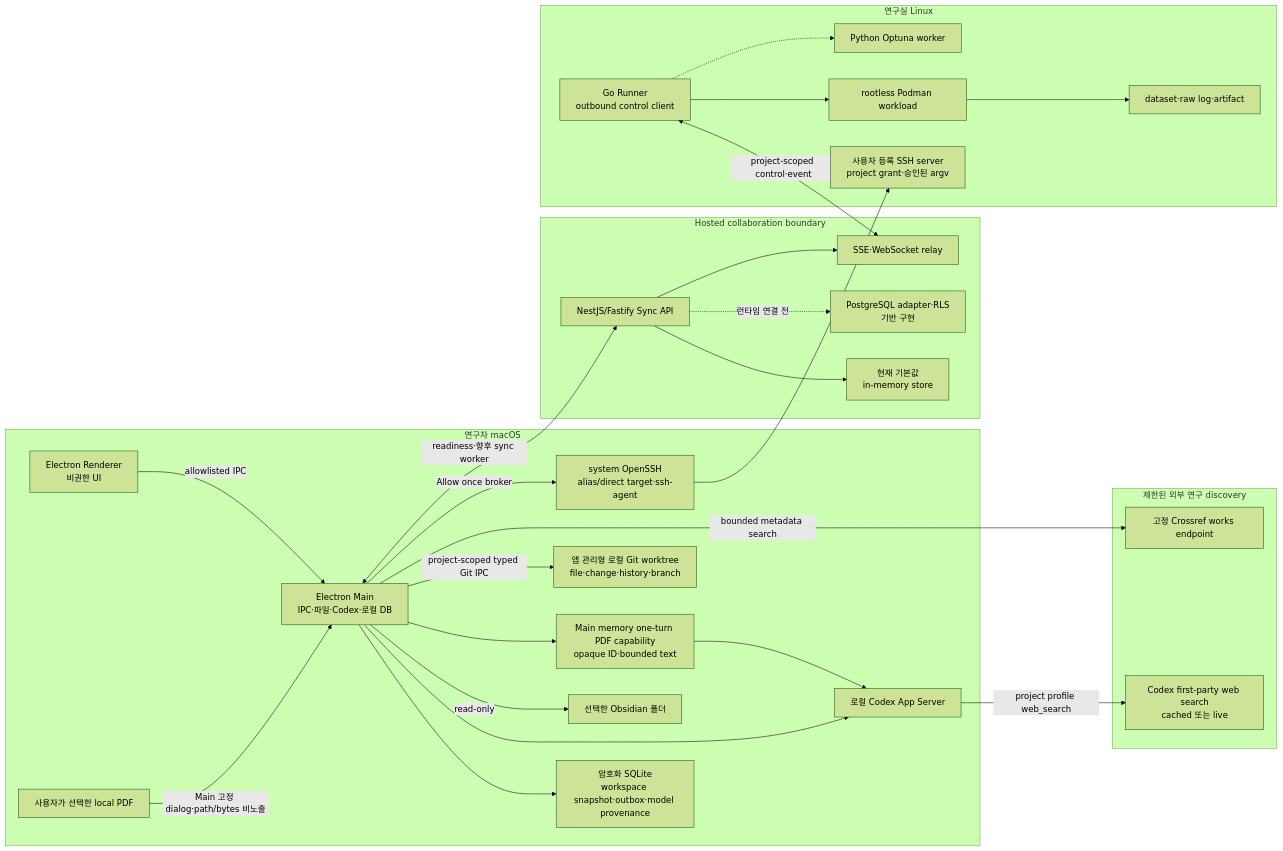
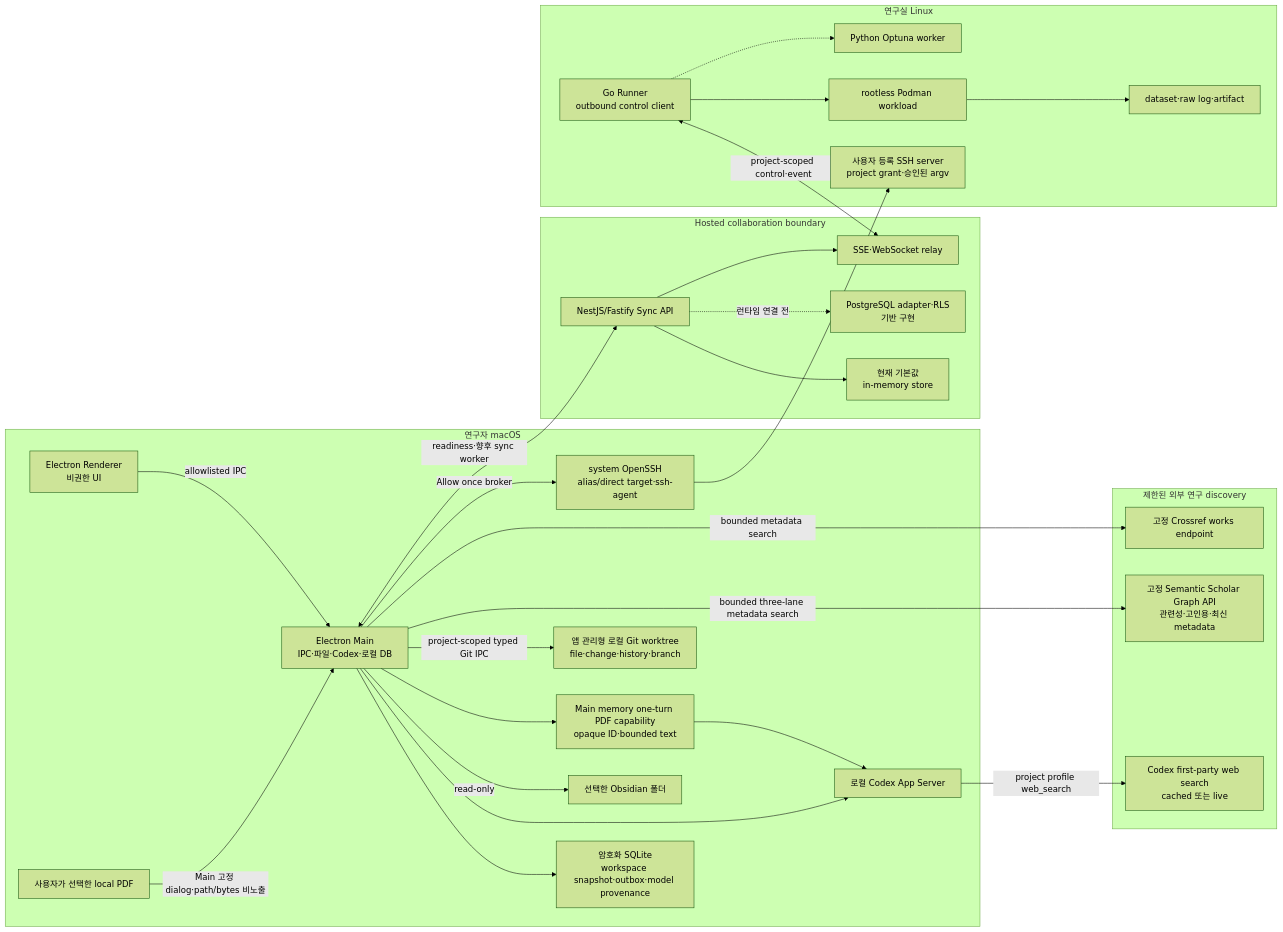
Before and after one commit to gli-minsuk-shin/GOSU: the first of 6 diagrams in docs/ARCHITECTURE.md, drawn with Mermaid (forest theme). The commit also changed other lines of this file and 51 other files, not shown here.

````diff
--- a/docs/ARCHITECTURE.md
+++ b/docs/ARCHITECTURE.md
@@ -45,52 +45,54 @@
 ```mermaid
 flowchart LR
   subgraph Mac["연구자 macOS"]
     Renderer["Electron Renderer\n비권한 UI"]
     Main["Electron Main\nIPC·파일·Codex·로컬 DB"]
     LocalDB["암호화 SQLite\nworkspace snapshot·outbox·model provenance"]
     Codex["로컬 Codex App Server"]
     Vault["선택한 Obsidian 폴더"]
     PdfFiles["사용자가 선택한 local PDF"]
     PdfCapability["Main memory one-turn PDF capability\nopaque ID·bounded text"]
     Git["앱 관리형 로컬 Git worktree\nfile·change·history·branch"]
     OpenSSH["system OpenSSH\nalias/direct target·ssh-agent"]
   end
 
   subgraph External["제한된 외부 연구 discovery"]
     WebSearch["Codex first-party web search\ncached 또는 live"]
+    SemanticScholar["고정 Semantic Scholar Graph API\n관련성·고인용·최신 metadata"]
     Crossref["고정 Crossref works endpoint"]
   end
 
   subgraph Hosted["Hosted collaboration boundary"]
     API["NestJS/Fastify Sync API"]
     Memory["현재 기본값\nin-memory store"]
     Postgres["PostgreSQL adapter·RLS\n기반 구현"]
     Relay["SSE·WebSocket relay"]
   end
 
   subgraph Lab["연구실 Linux"]
     Runner["Go Runner\noutbound control client"]
     Podman["rootless Podman workload"]
     Artifacts["dataset·raw log·artifact"]
     Optimizer["Python Optuna worker"]
     SshHost["사용자 등록 SSH server\nproject grant·승인된 argv"]
   end
 
   Renderer -->|"allowlisted IPC"| Main
   Main --> LocalDB
   Main --> Codex
   Main -->|"read-only"| Vault
   PdfFiles -->|"Main 고정 dialog·path/bytes 비노출"| Main --> PdfCapability --> Codex
   Main -->|"project-scoped typed Git IPC"| Git
   Codex -->|"project profile web_search"| WebSearch
+  Main -->|"bounded three-lane metadata search"| SemanticScholar
   Main -->|"bounded metadata search"| Crossref
   Main -->|"Allow once broker"| OpenSSH --> SshHost
   Main <-->|"readiness·향후 sync worker"| API
   API --> Memory
   API -.->|"런타임 연결 전"| Postgres
   API --> Relay
   Runner <-->|"project-scoped control·event"| Relay
   Runner --> Podman
   Podman --> Artifacts
   Runner -.-> Optimizer
 ```
````
